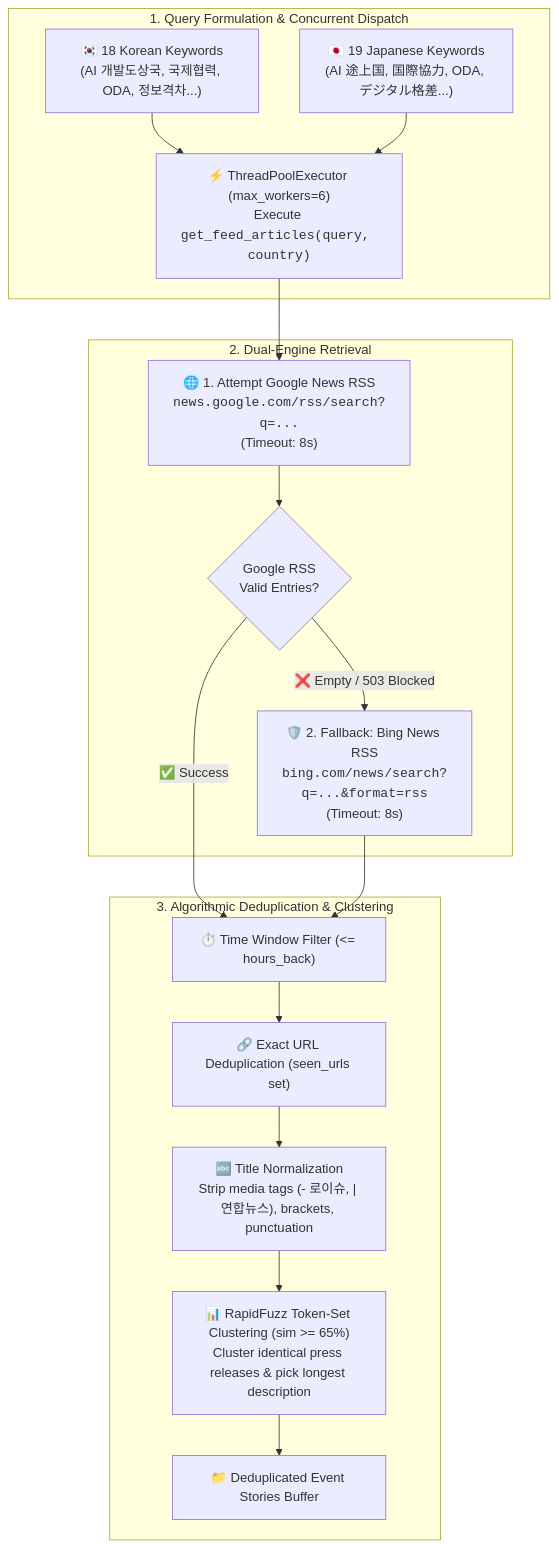
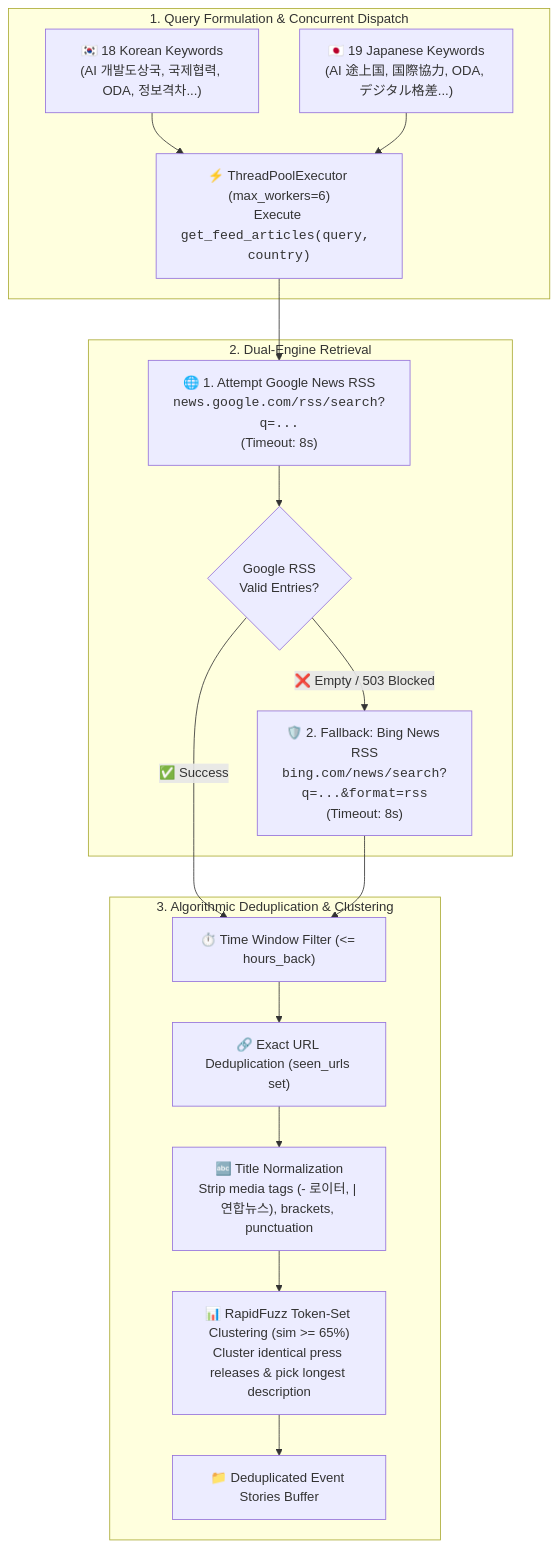
Before and after one commit to henryhyunwookim/AI-news-aggregator-KRJP: the third of 3 diagrams in README.md, drawn with Mermaid. The commit also changed other lines of this file and 4 other files, not shown here.

````diff
--- a/README.md
+++ b/README.md
@@ -162,33 +162,33 @@
 ```mermaid
 flowchart TD
     %% Query Generation
     subgraph QueryDispatch ["1. Query Formulation & Concurrent Dispatch"]
         K_LIST["🇰🇷 18 Korean Keywords<br/>(AI 개발도상국, 국제협력, ODA, 정보격차...)"]
         J_LIST["🇯🇵 19 Japanese Keywords<br/>(AI 途上国, 国際協力, ODA, デジタル格差...)"]
         DISPATCH["⚡ ThreadPoolExecutor (max_workers=6)<br/>Execute <code>get_feed_articles(query, country)</code>"]
     end
 
     %% Dual Engine Fetching
     subgraph DualEngineFetch ["2. Dual-Engine Retrieval"]
         GN_TRY["🌐 1. Attempt Google News RSS<br/><code>news.google.com/rss/search?q=...</code><br/>(Timeout: 8s)"]
         GN_CHECK{"Google RSS<br/>Valid Entries?"}
         BING_FALLBACK["🛡️ 2. Fallback: Bing News RSS<br/><code>bing.com/news/search?q=...&format=rss</code><br/>(Timeout: 8s)"]
     end
 
     %% Pre-Processing & Deduplication
     subgraph DedupPipeline ["3. Algorithmic Deduplication & Clustering"]
         TIME_FILTER["⏱️ Time Window Filter (<= hours_back)"]
         URL_DEDUP["🔗 Exact URL Deduplication (seen_urls set)"]
-        NORM_TITLE["🔤 Title Normalization<br/>Strip media tags (- 로이슈, | 연합뉴스), brackets, punctuation"]
+        NORM_TITLE["🔤 Title Normalization<br/>Strip media tags (- 로이터, | 연합뉴스), brackets, punctuation"]
         CLUSTER["📊 RapidFuzz Token-Set Clustering (sim >= 65%)<br/>Cluster identical press releases & pick longest description"]
         OUTPUT_BUFFER["📁 Deduplicated Event Stories Buffer"]
     end
 
     %% Connections
     K_LIST & J_LIST --> DISPATCH
     DISPATCH --> GN_TRY --> GN_CHECK
     GN_CHECK -- "✅ Success" --> TIME_FILTER
     GN_CHECK -- "❌ Empty / 503 Blocked" --> BING_FALLBACK --> TIME_FILTER
     
     TIME_FILTER --> URL_DEDUP --> NORM_TITLE --> CLUSTER --> OUTPUT_BUFFER
 ```
````
